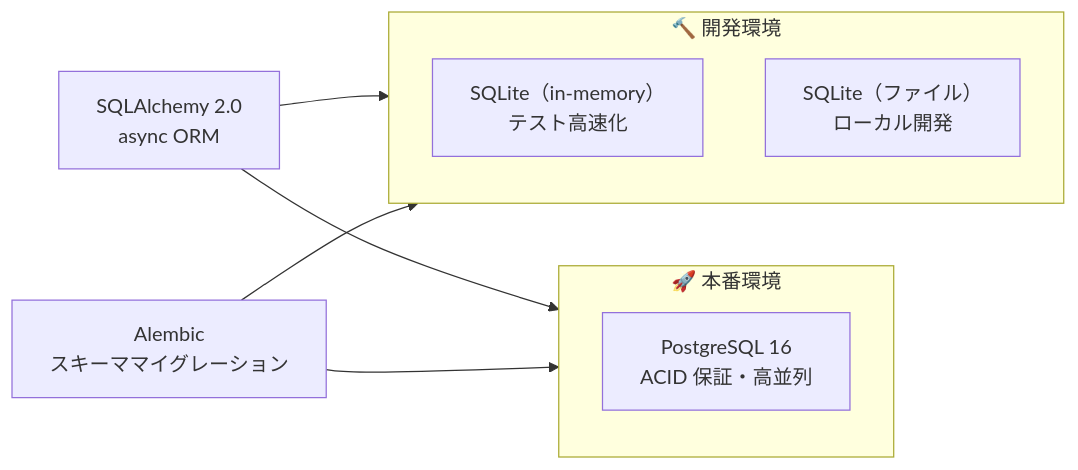
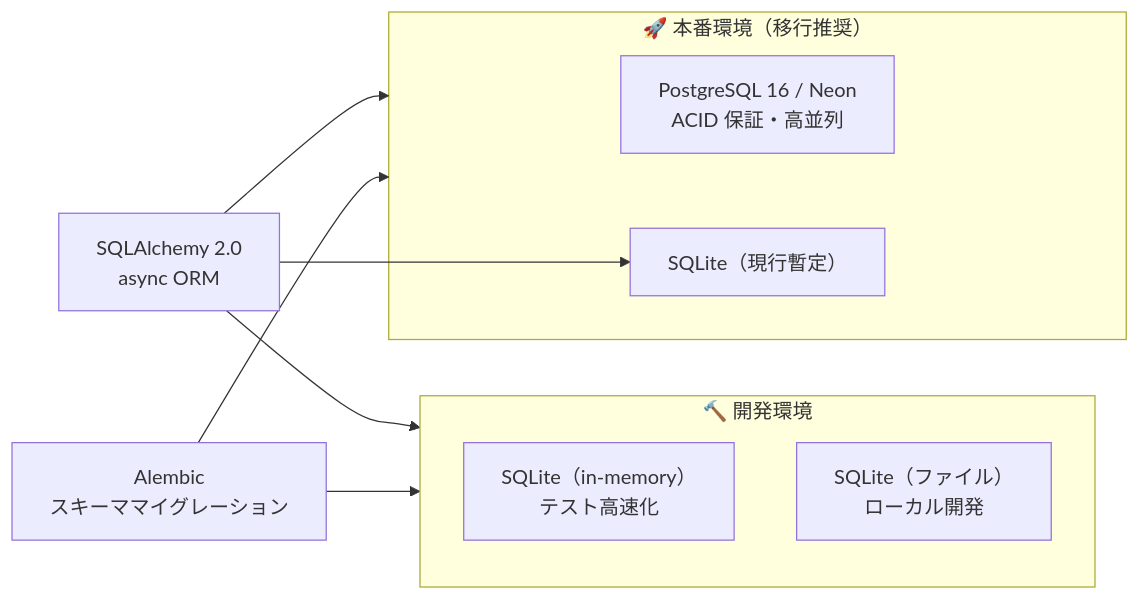
The fifth of 11 diagrams in docs/tech-stack.md (Kensan196948G/CivilPDF-DX), drawn with Mermaid before and after one commit. The commit also changed other lines of this file and 20 other files, not shown here.

````diff
--- a/docs/tech-stack.md
+++ b/docs/tech-stack.md
@@ -217,16 +229,18 @@
 ```mermaid
 graph LR
     subgraph DEV["🔨 開発環境"]
         SQLITE_DEV["SQLite（in-memory）\nテスト高速化"]
         SQLITE_FILE["SQLite（ファイル）\nローカル開発"]
     end
 
-    subgraph PROD["🚀 本番環境"]
-        POSTGRES["PostgreSQL 16\nACID 保証・高並列"]
+    subgraph PROD["🚀 本番環境（移行推奨）"]
+        POSTGRES["PostgreSQL 16 / Neon\nACID 保証・高並列"]
+        SQLITE_PROD["SQLite（現行暫定）"]
     end
 
     ORM["SQLAlchemy 2.0\nasync ORM"] --> DEV
+    ORM --> SQLITE_PROD
     ORM --> PROD
     ALEMBIC["Alembic\nスキーママイグレーション"] --> DEV
     ALEMBIC --> PROD
 ```
````
